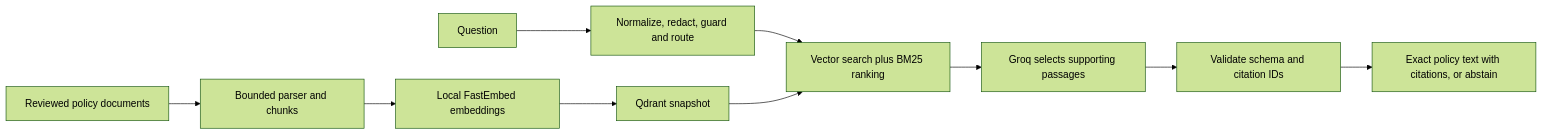
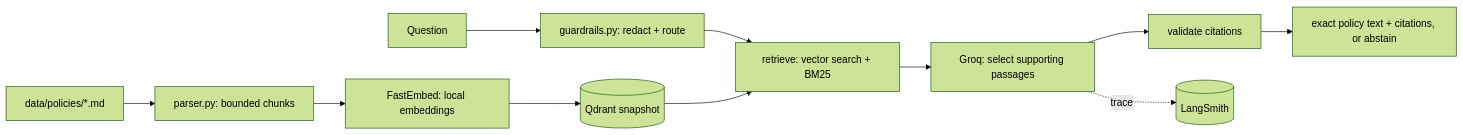
Before and after one commit to RadhikaKumar17/Obbian_RAG: the diagram in README.md, drawn with Mermaid (forest theme). The commit also changed other lines of this file, not shown here.

````diff
--- a/README.md
+++ b/README.md
@@ -57,12 +20,13 @@
 ```mermaid
 flowchart LR
-  D[Reviewed policy documents] --> P[Bounded parser and chunks]
-  P --> E[Local FastEmbed embeddings]
-  E --> Q[Qdrant snapshot]
-  U[Question] --> G[Normalize, redact, guard and route]
-  G --> R[Vector search plus BM25 ranking]
+  D[data/policies/*.md] --> P[parser.py: bounded chunks]
+  P --> E[FastEmbed: local embeddings]
+  E --> Q[(Qdrant snapshot)]
+  U[Question] --> G[guardrails.py: redact + route]
+  G --> R[retrieve: vector search + BM25]
   Q --> R
-  R --> L[Groq selects supporting passages]
-  L --> V[Validate schema and citation IDs]
-  V --> A[Exact policy text with citations, or abstain]
+  R --> L[Groq: select supporting passages]
+  L --> V[validate citations]
+  V --> A[exact policy text + citations, or abstain]
+  L -.trace.-> S[(LangSmith)]
 ```
````
